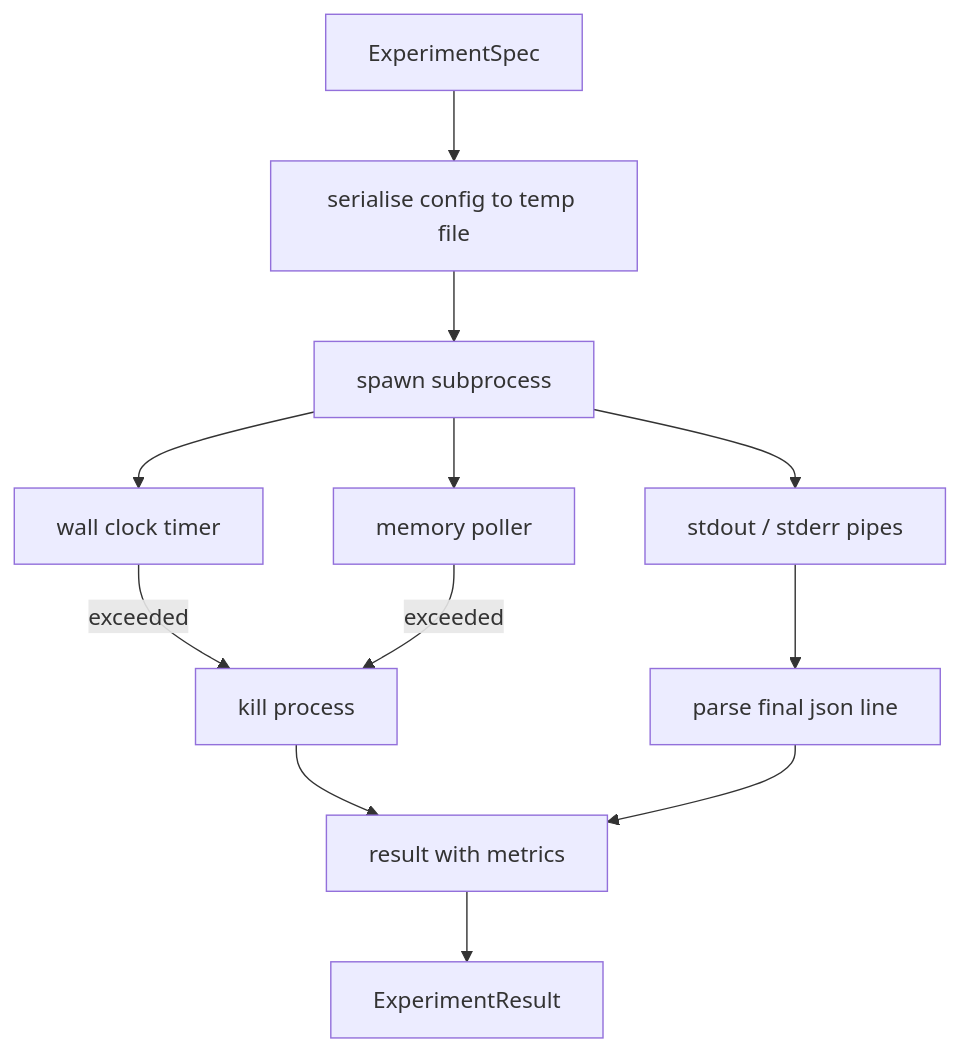
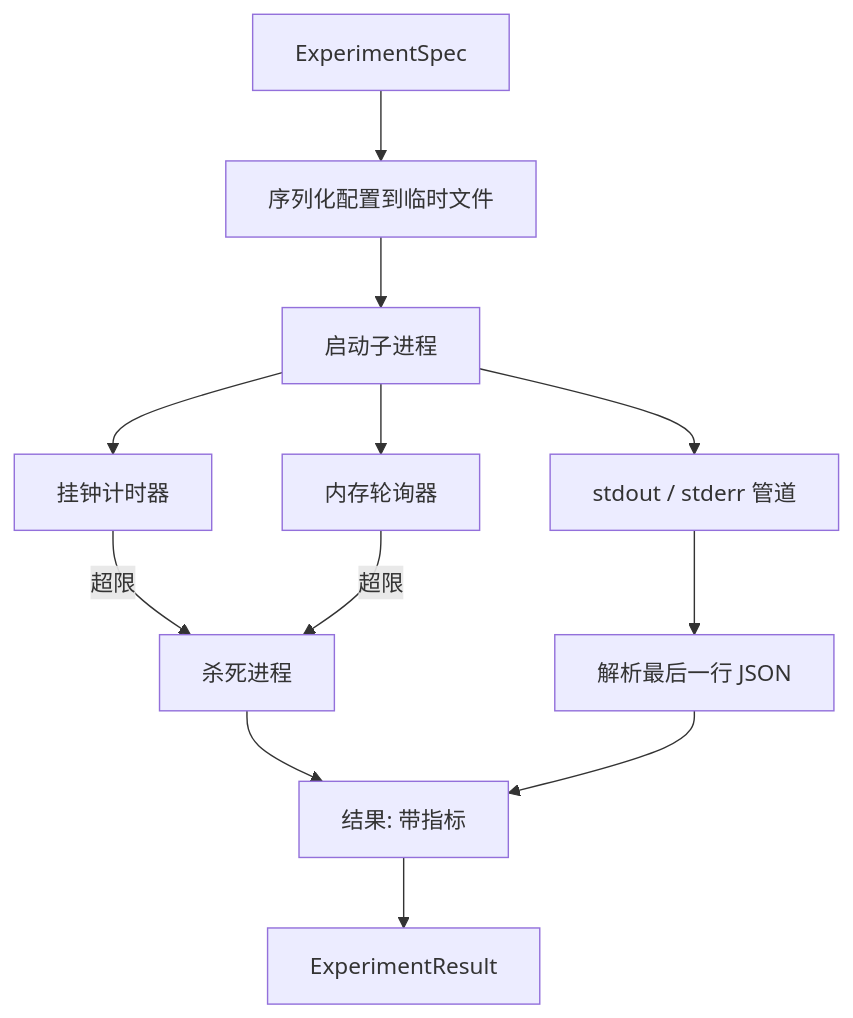
Before and after one commit to alessandrodinisio-ai/ai-engineering-learning-framework: the diagram in phases/19-capstone-projects/52-experiment-runner/docs/zh.md, drawn with Mermaid. The commit also changed 120 other files, not shown here.

First line of the commit message:
i18n(mermaid): 337 个 mermaid 图表标签中文化

````diff
--- a/phases/19-capstone-projects/52-experiment-runner/docs/zh.md
+++ b/phases/19-capstone-projects/52-experiment-runner/docs/zh.md
@@ -41,14 +41,14 @@
 ```mermaid
 flowchart TD
-    A[ExperimentSpec] --> B[serialise config to temp file]
-    B --> C[spawn subprocess]
-    C --> D[stdout / stderr pipes]
-    C --> E[wall clock timer]
-    C --> F[memory poller]
-    E -- exceeded --> K[kill process]
-    F -- exceeded --> K
-    D --> P[parse final json line]
-    K --> R[result with terminal=timeout or oom]
-    P --> R[result with metrics]
+    A[ExperimentSpec] --> B[序列化配置到临时文件]
+    B --> C[启动子进程]
+    C --> D[stdout / stderr 管道]
+    C --> E[挂钟计时器]
+    C --> F[内存轮询器]
+    E -- 超限 --> K[杀死进程]
+    F -- 超限 --> K
+    D --> P[解析最后一行 JSON]
+    K --> R[结果: terminal=timeout 或 oom]
+    P --> R[结果: 带指标]
     R --> O[ExperimentResult]
 ```
````
